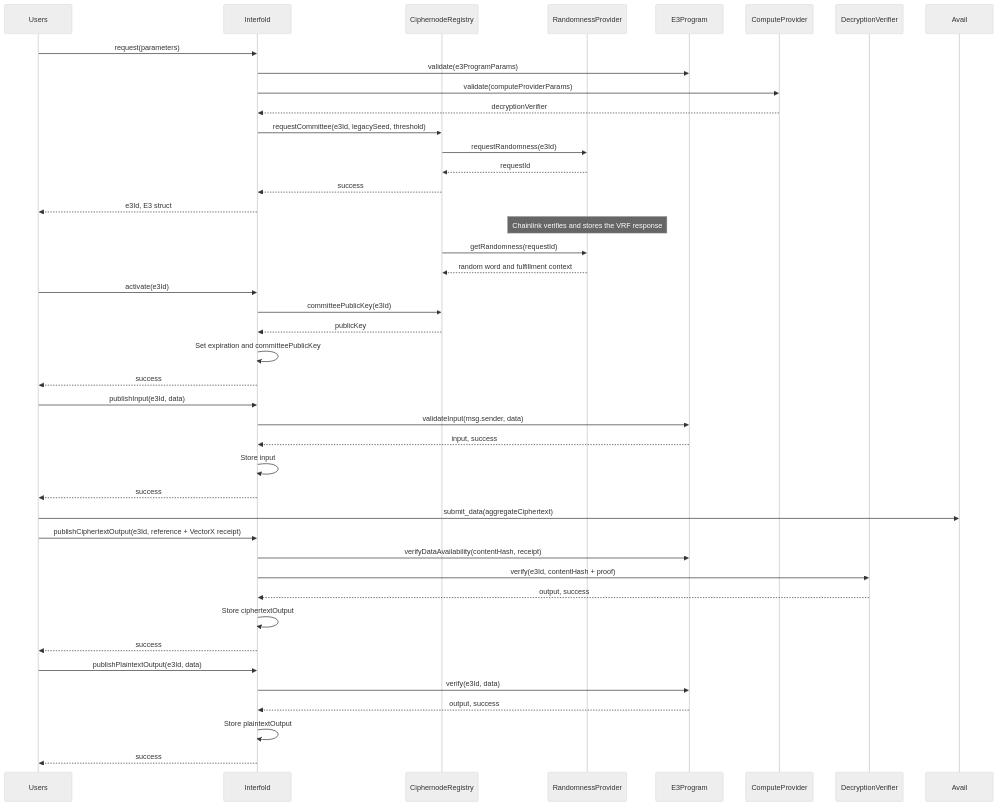
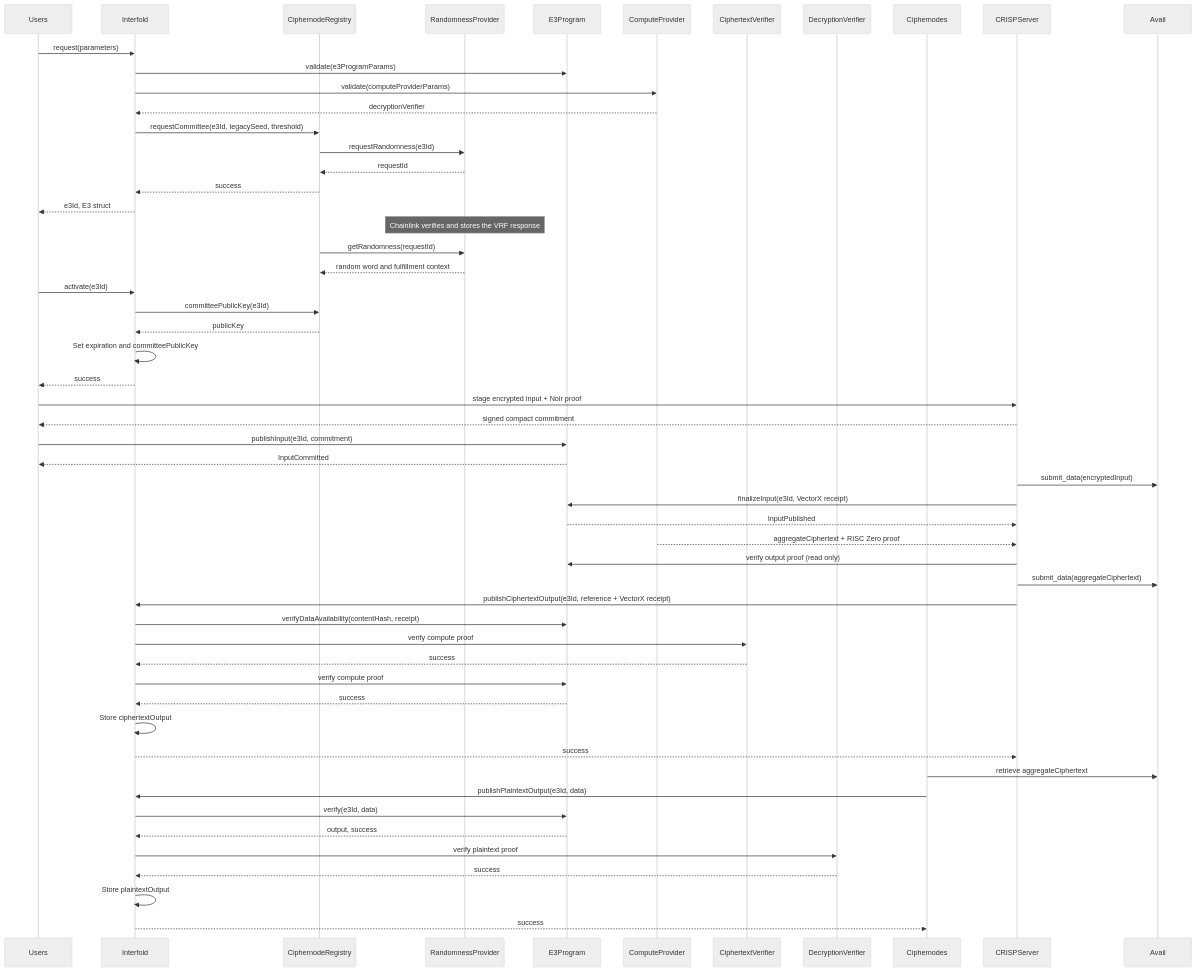
Before and after one commit to auryn-macmillan/enclave: the diagram in README.md, drawn with Mermaid (neutral theme). The commit also changed 55 other files, not shown here.

Commit message:
feat: complete Avail data availability flow

````diff
--- a/README.md
+++ b/README.md
@@ -264,50 +264,61 @@
 ```mermaid
 sequenceDiagram
     participant Users
     participant Interfold
     participant CiphernodeRegistry
     participant RandomnessProvider
     participant E3Program
     participant ComputeProvider
+    participant CiphertextVerifier
     participant DecryptionVerifier
+    participant Ciphernodes
 
     Users->>Interfold: request(parameters)
     Interfold->>E3Program: validate(e3ProgramParams)
     Interfold->>ComputeProvider: validate(computeProviderParams)
     ComputeProvider-->>Interfold: decryptionVerifier
     Interfold->>CiphernodeRegistry: requestCommittee(e3Id, legacySeed, threshold)
     CiphernodeRegistry->>RandomnessProvider: requestRandomness(e3Id)
     RandomnessProvider-->>CiphernodeRegistry: requestId
     CiphernodeRegistry-->>Interfold: success
     Interfold-->>Users: e3Id, E3 struct
 
     Note over RandomnessProvider: Chainlink verifies and stores the VRF response
     CiphernodeRegistry->>RandomnessProvider: getRandomness(requestId)
     RandomnessProvider-->>CiphernodeRegistry: random word and fulfillment context
 
     Users->>Interfold: activate(e3Id)
     Interfold->>CiphernodeRegistry: committeePublicKey(e3Id)
     CiphernodeRegistry-->>Interfold: publicKey
     Interfold->>Interfold: Set expiration and committeePublicKey
     Interfold-->>Users: success
 
-    Users->>Interfold: publishInput(e3Id, data)
-    Interfold->>E3Program: validateInput(msg.sender, data)
-    E3Program-->>Interfold: input, success
-    Interfold->>Interfold: Store input
-    Interfold-->>Users: success
+    Users->>CRISPServer: stage encrypted input + Noir proof
+    CRISPServer-->>Users: signed compact commitment
+    Users->>E3Program: publishInput(e3Id, commitment)
+    E3Program-->>Users: InputCommitted
+    CRISPServer->>Avail: submit_data(encryptedInput)
+    CRISPServer->>E3Program: finalizeInput(e3Id, VectorX receipt)
+    E3Program-->>CRISPServer: InputPublished
 
-    Users->>Avail: submit_data(aggregateCiphertext)
-    Users->>Interfold: publishCiphertextOutput(e3Id, reference + VectorX receipt)
+    ComputeProvider-->>CRISPServer: aggregateCiphertext + RISC Zero proof
+    CRISPServer->>E3Program: verify output proof (read only)
+    CRISPServer->>Avail: submit_data(aggregateCiphertext)
+    CRISPServer->>Interfold: publishCiphertextOutput(e3Id, reference + VectorX receipt)
     Interfold->>E3Program: verifyDataAvailability(contentHash, receipt)
-    Interfold->>DecryptionVerifier: verify(e3Id, contentHash + proof)
-    DecryptionVerifier-->>Interfold: output, success
+    Interfold->>CiphertextVerifier: verify compute proof
+    CiphertextVerifier-->>Interfold: success
+    Interfold->>E3Program: verify compute proof
+    E3Program-->>Interfold: success
     Interfold->>Interfold: Store ciphertextOutput
-    Interfold-->>Users: success
+    Interfold-->>CRISPServer: success
 
-    Users->>Interfold: publishPlaintextOutput(e3Id, data)
+    Ciphernodes->>Avail: retrieve aggregateCiphertext
+    Ciphernodes->>Interfold: publishPlaintextOutput(e3Id, data)
     Interfold->>E3Program: verify(e3Id, data)
     E3Program-->>Interfold: output, success
+    Interfold->>DecryptionVerifier: verify plaintext proof
+    DecryptionVerifier-->>Interfold: success
     Interfold->>Interfold: Store plaintextOutput
-    Interfold-->>Users: success
+    Interfold-->>Ciphernodes: success
 ```
````
